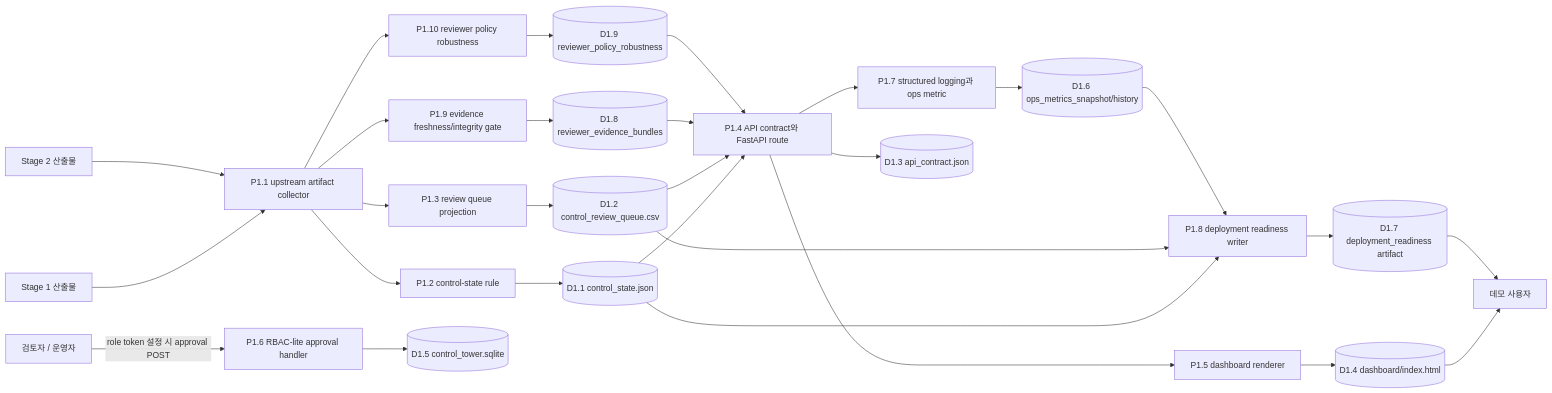
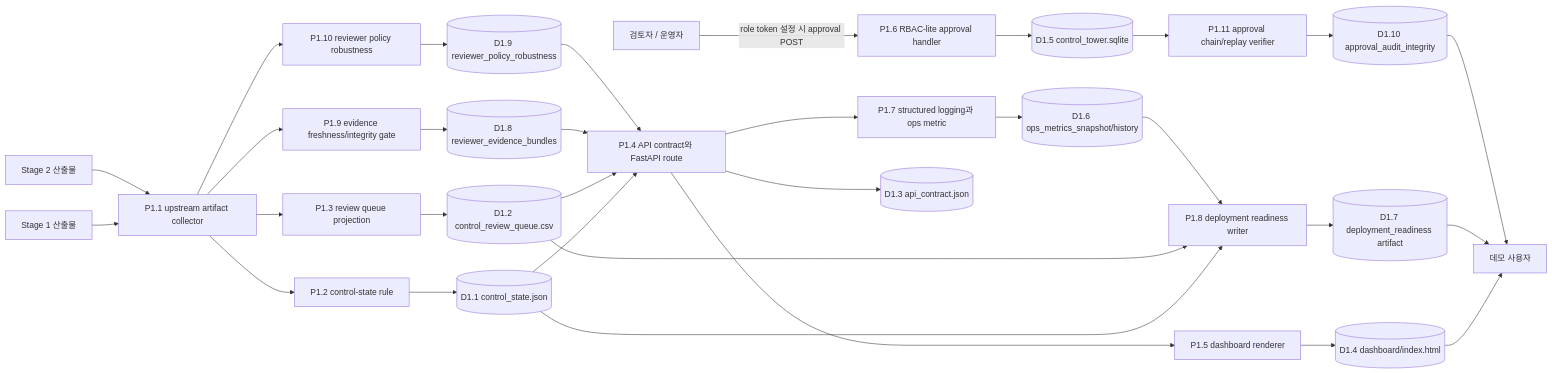
Before and after one commit to zodia8393/decisionops-control-tower: the second of 2 diagrams in docs/data_flow_diagram.md, drawn with Mermaid. The commit also changed other lines of this file and 39 other files, not shown here.

````diff
--- a/docs/data_flow_diagram.md
+++ b/docs/data_flow_diagram.md
@@ -38,47 +38,51 @@
 ```mermaid
 flowchart LR
     P11["P1.1 upstream artifact collector"]
     P12["P1.2 control-state rule"]
     P13["P1.3 review queue projection"]
     P14["P1.4 API contract와 FastAPI route"]
     P15["P1.5 dashboard renderer"]
     P16["P1.6 RBAC-lite approval handler"]
     P17["P1.7 structured logging과 ops metric"]
     P18["P1.8 deployment readiness writer"]
     P19["P1.9 evidence freshness/integrity gate"]
     P20["P1.10 reviewer policy robustness"]
+    P21["P1.11 approval chain/replay verifier"]
 
     D11[("D1.1 control_state.json")]
     D12[("D1.2 control_review_queue.csv")]
     D13[("D1.3 api_contract.json")]
     D14[("D1.4 dashboard/index.html")]
     D15[("D1.5 control_tower.sqlite")]
     D16[("D1.6 ops_metrics_snapshot/history")]
     D17[("D1.7 deployment_readiness artifact")]
     D18[("D1.8 reviewer_evidence_bundles")]
     D19[("D1.9 reviewer_policy_robustness")]
+    D20[("D1.10 approval_audit_integrity")]
 
     E11["Stage 1 산출물"]
     E12["Stage 2 산출물"]
     E13["검토자 / 운영자"]
     E14["데모 사용자"]
 
     E11 --> P11
     E12 --> P11
     P11 --> P12 --> D11
     P11 --> P13 --> D12
     D11 --> P14 --> D13
     D12 --> P14
     P14 --> P15 --> D14
     E13 -->|"role token 설정 시 approval POST"| P16 --> D15
+    D15 --> P21 --> D20
     P14 --> P17 --> D16
     D11 --> P18
     D12 --> P18
     D16 --> P18 --> D17
     P11 --> P19 --> D18
     P11 --> P20 --> D19
     D18 --> P14
     D19 --> P14
     D14 --> E14
     D17 --> E14
+    D20 --> E14
 ```
````
